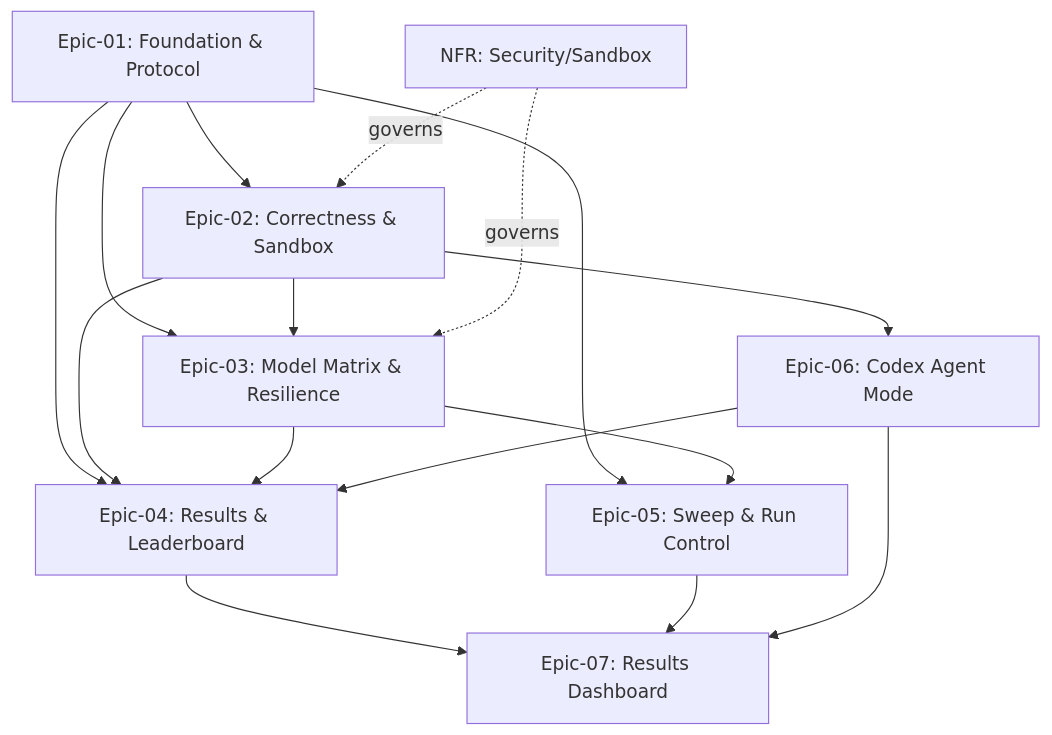
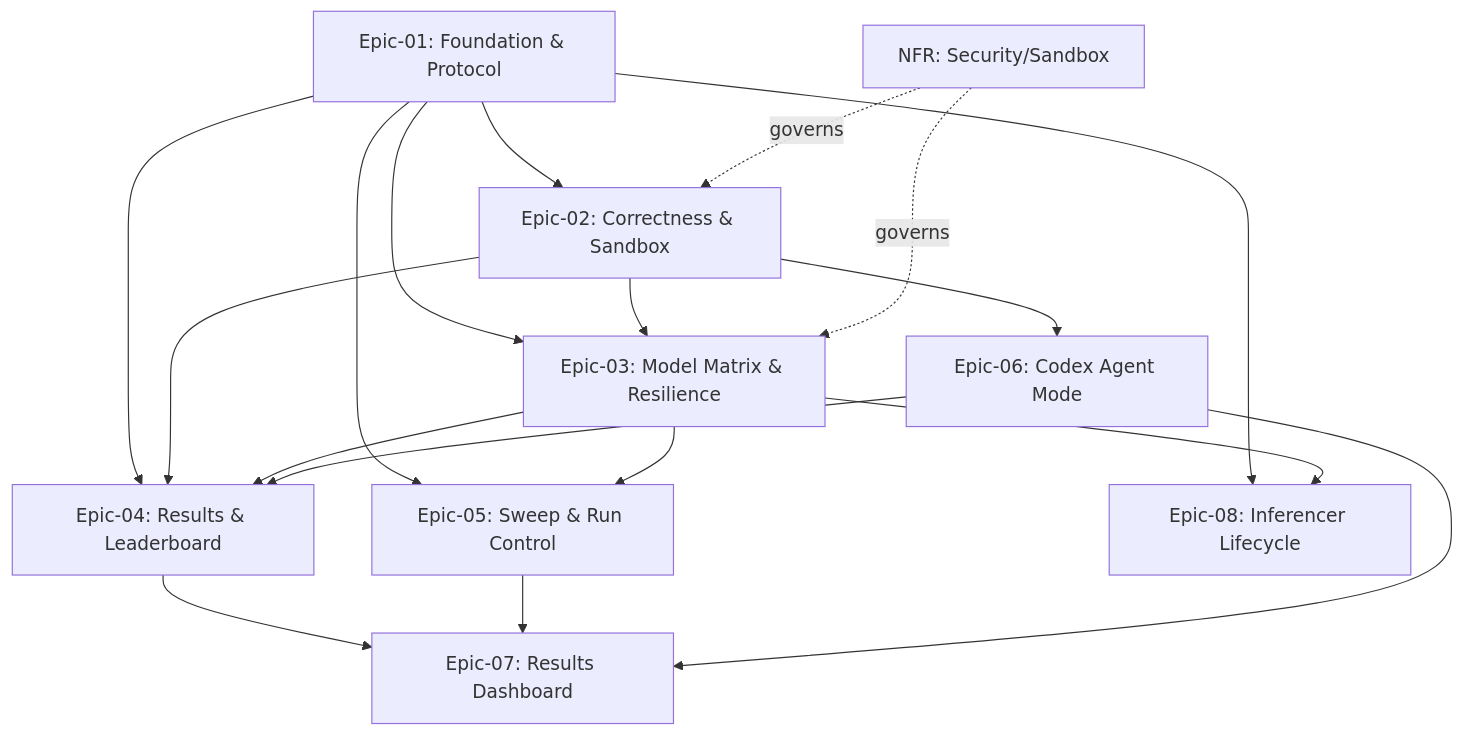
One commit to fxmartin/local-code-bench changed the diagram in docs/STORIES.md. Above: the diagram before and after it, drawn with Mermaid. The commit also changed other lines of this file and 1 other file, not shown here.

First line of the commit message:
docs: add Epic-08 inferencer lifecycle management stories

````diff
--- a/docs/STORIES.md
+++ b/docs/STORIES.md
@@ -75,18 +77,20 @@
 ```mermaid
 graph TD
     E01[Epic-01: Foundation & Protocol] --> E02[Epic-02: Correctness & Sandbox]
     E01 --> E03[Epic-03: Model Matrix & Resilience]
     E02 --> E03
     E01 --> E04[Epic-04: Results & Leaderboard]
     E02 --> E04
     E03 --> E04
     E02 --> E06[Epic-06: Codex Agent Mode]
     E06 --> E04
     E01 --> E05[Epic-05: Sweep & Run Control]
     E03 --> E05
     E04 --> E07[Epic-07: Results Dashboard]
     E05 --> E07
     E06 --> E07
+    E01 --> E08[Epic-08: Inferencer Lifecycle]
+    E03 --> E08
     NFR[NFR: Security/Sandbox] -.governs.-> E02
     NFR -.governs.-> E03
 ```
````
